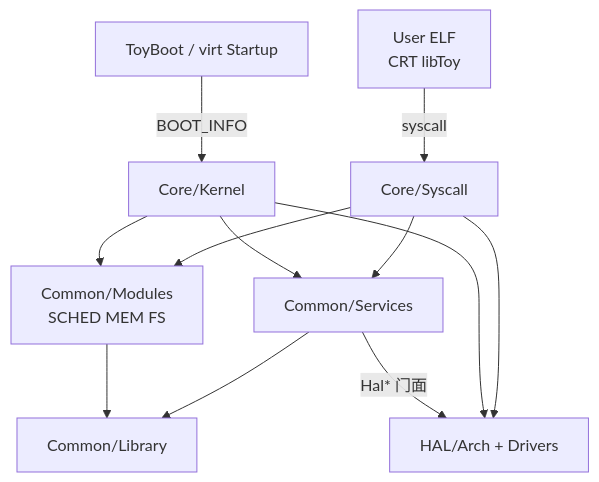
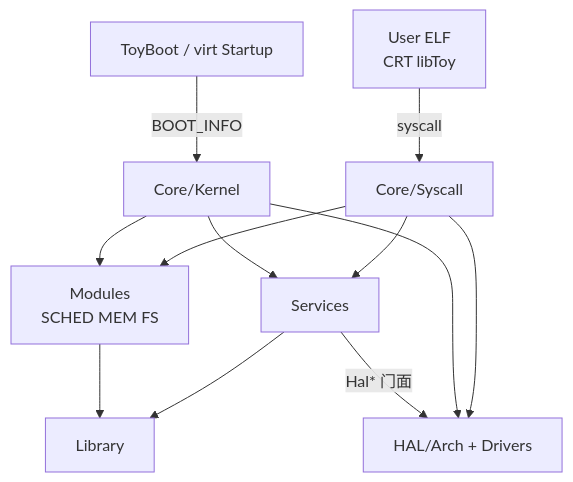
Before and after one commit to tanlaoshi/ToyKernel: the diagram in Documents/开发/ToyKernel目录结构.md, drawn with Mermaid. The commit also changed other lines of this file and 3 other files, not shown here.

Commit message:
docs(tree): TG TREE-doc 钉死分层无 Common 层；★ 推到 TREE-svc

````diff
--- a/Documents/开发/ToyKernel目录结构.md
+++ b/Documents/开发/ToyKernel目录结构.md
@@ -37,14 +41,14 @@
 ```mermaid
 flowchart TB
   Boot[ToyBoot / virt Startup] -->|BOOT_INFO| Kernel[Core/Kernel]
-  Kernel --> Mods[Common/Modules<br/>SCHED MEM FS]
-  Kernel --> Svc[Common/Services]
-  Mods --> Lib[Common/Library]
+  Kernel --> Mods[Modules<br/>SCHED MEM FS]
+  Kernel --> Svc[Services]
+  Mods --> Lib[Library]
   Svc --> Lib
   Svc -->|Hal* 门面| Hal[HAL/Arch + Drivers]
   Kernel --> Hal
   User[User ELF<br/>CRT libToy] -->|syscall| Sys[Core/Syscall]
   Sys --> Mods
   Sys --> Svc
   Sys --> Hal
 ```
````
